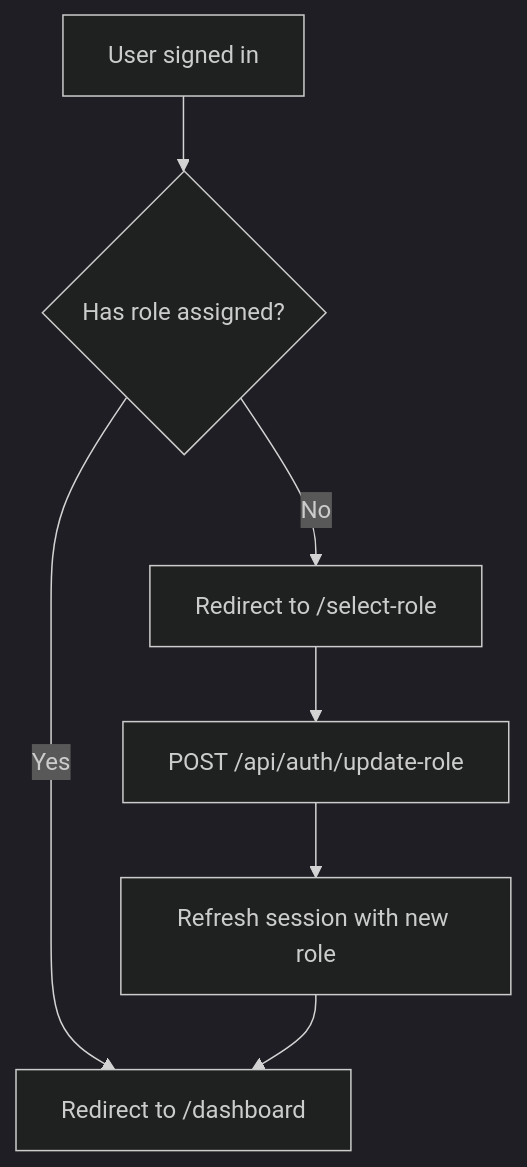
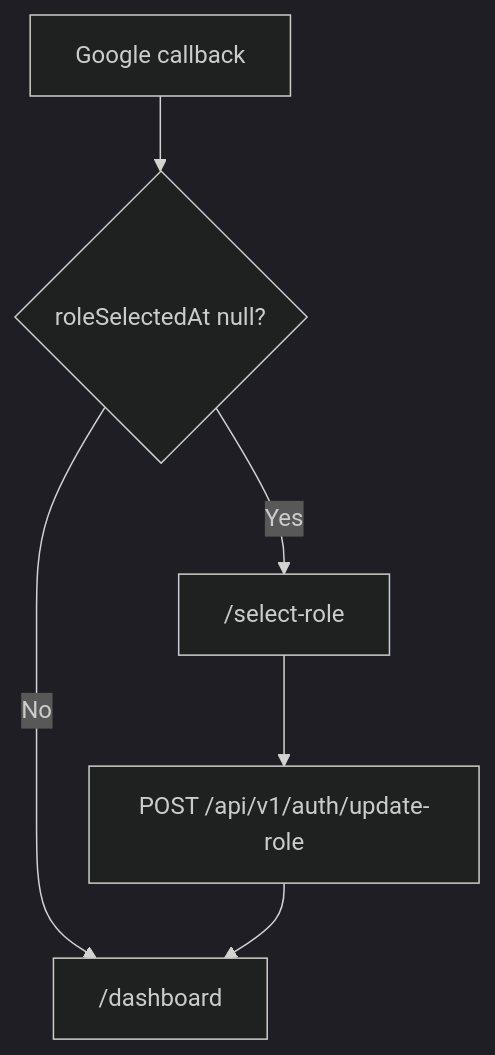
One commit to tashifkhan/tashif.codes changed the third of 5 diagrams in src/data/docs/talentsync/Feature Implementation/User Management System.md. Above: the diagram before and after it, drawn with Mermaid (dark theme). The commit also changed other lines of this file and 2128 other files, not shown here.

First line of the commit message:
docs: replace raster diagram images with native Mermaid across project guides

````diff
--- a/src/data/docs/talentsync/Feature Implementation/User Management System.md
+++ b/src/data/docs/talentsync/Feature Implementation/User Management System.md
@@ -127,9 +90,8 @@
 ```mermaid
 flowchart TD
-SignIn["User signed in"] --> HasRole{"Has role assigned?"}
-HasRole --> |No| SelectRole["Redirect to /select-role"]
-HasRole --> |Yes| Dashboard["Redirect to /dashboard"]
-SelectRole --> UpdateRole["POST /api/auth/update-role"]
-UpdateRole --> RefreshSession["Refresh session with new role"]
-RefreshSession --> Dashboard
+SignIn["Google callback"] --> Flag{"roleSelectedAt null?"}
+Flag --> |Yes| Select["/select-role"]
+Flag --> |No| Dash["/dashboard"]
+Select --> Update["POST /api/v1/auth/update-role"]
+Update --> Dash
 ```
````
